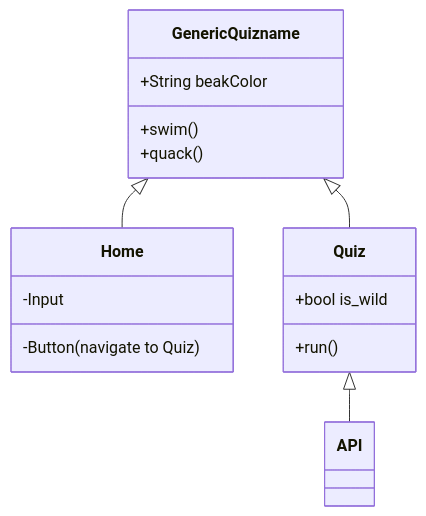
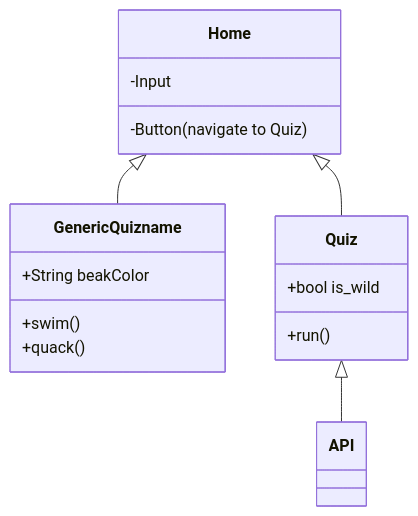
Before and after one commit to AdamAgerling/AdamAgerling-testing_typescript-quiz_app: the diagram in src/Diagrams/classDiagram.md, drawn with Mermaid.

````diff
--- a/src/Diagrams/classDiagram.md
+++ b/src/Diagrams/classDiagram.md
@@ -1,23 +1,23 @@
 ```mermaid
   classDiagram
-    Generic Quizname <|-- Home
-    Generic Quizname <|-- Quiz
+    Home <|-- Generic Quizname
+    Home <|-- Quiz
     Quiz <|-- API
 
 
     class Generic Quizname {
         +String beakColor
         +swim()
         +quack()
     }
     class Home{
         -Input
         -Button(navigate to Quiz)
     }
     class Quiz{
         +bool is_wild
         +run()
     }
 
 
 ```
````
